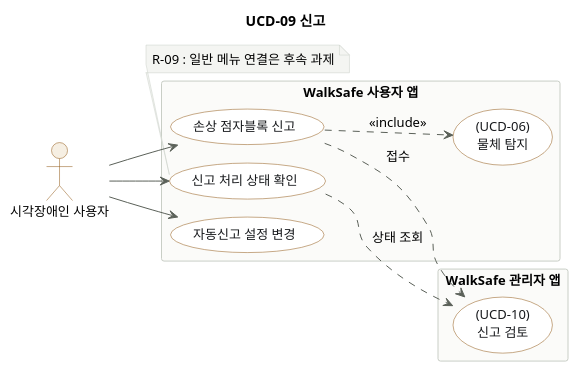
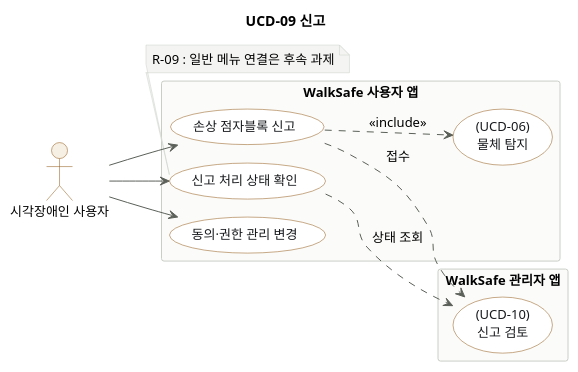
Before and after one commit to ddobagih/Hanium_Dreamup: the tenth of 11 diagrams in docs/planning/walksafe-usecase-diagrams.puml, drawn with PlantUML. The commit also changed other lines of this file and 9 other files, not shown here.

First line of the commit message:
Apply the four scope changes to the use cases and diagrams

```diff
--- a/docs/planning/walksafe-usecase-diagrams.puml
+++ b/docs/planning/walksafe-usecase-diagrams.puml
@@ -521,52 +519,52 @@
 @startuml UCD-09
 !pragma layout smetana
 left to right direction
 skinparam defaultFontName "Apple SD Gothic Neo"
 skinparam defaultFontSize 13
 skinparam shadowing false
 skinparam ArrowColor #5b6159
 skinparam usecase {
   BackgroundColor #ffffff
   BorderColor #8f5510
   FontColor #17191c
 }
 skinparam actor {
   BackgroundColor #f6efe3
   BorderColor #8f5510
 }
 skinparam rectangle {
   BackgroundColor #fbfbf9
   BorderColor #c9cec6
 }
 skinparam note {
   BackgroundColor #f4f5f2
   BorderColor #c9cec6
 }
 
 title UCD-09 신고
 
 actor "시각장애인 사용자" as User
 
 rectangle "WalkSafe 사용자 앱" {
-  usecase "손상 점자블록 신고" as UC29
-  usecase "신고 처리 상태 확인" as UC30
-  usecase "자동신고 설정 변경" as UC31
+  usecase "손상 점자블록 신고" as UC28
+  usecase "신고 처리 상태 확인" as UC29
+  usecase "동의·권한 관리 변경" as UC30
   usecase "(UCD-06)\n물체 탐지" as UC19
 }
 
 rectangle "WalkSafe 관리자 앱" {
-  usecase "(UCD-10)\n신고 검토" as UC33
+  usecase "(UCD-10)\n신고 검토" as UC32
 }
 
+User --> UC28
 User --> UC29
 User --> UC30
-User --> UC31
 
-UC29 ..> UC19 : <<include>>
-UC29 ..> UC33 : 접수
-UC30 ..> UC33 : 상태 조회
+UC28 ..> UC19 : <<include>>
+UC28 ..> UC32 : 접수
+UC29 ..> UC32 : 상태 조회
 
-note bottom of UC30
+note bottom of UC29
   R-09 : 일반 메뉴 연결은 후속 과제
 end note
 @enduml
```
